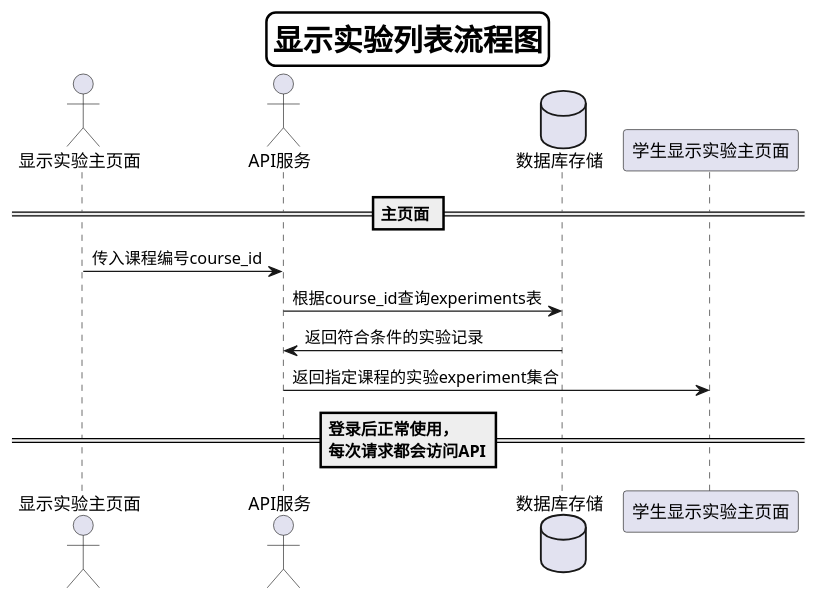
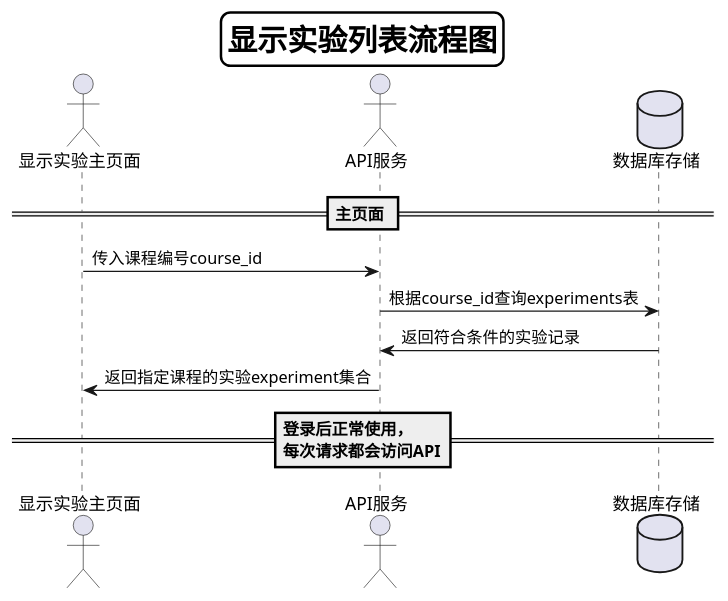
One commit to aGreySky/is_analysis changed the diagram in test6/src/流程图/显示实验列表流程图.wsd. Above: the diagram before and after it, drawn with PlantUML. The commit also changed 164 other files, not shown here.

```diff
--- a/test6/src/流程图/显示实验列表流程图.wsd
+++ b/test6/src/流程图/显示实验列表流程图.wsd
@@ -1,20 +1,20 @@
 @startuml
 skinparam titleBorderRoundCorner 15
 skinparam titleBorderThickness 2
 skinparam titleBorderColor #Black
 skinparam titleFontSize 24
 Title 显示实验列表流程图
 
 
 actor 显示实验主页面
 actor API服务
 database 数据库存储
 
 == 主页面 ==
 显示实验主页面->API服务:传入课程编号course_id
 API服务->数据库存储:根据course_id查询experiments表
 数据库存储->API服务:返回符合条件的实验记录
-API服务->学生显示实验主页面:返回指定课程的实验experiment集合
+API服务->显示实验主页面:返回指定课程的实验experiment集合
 == 登录后正常使用，\n每次请求都会访问API==
 
 @enduml
```
